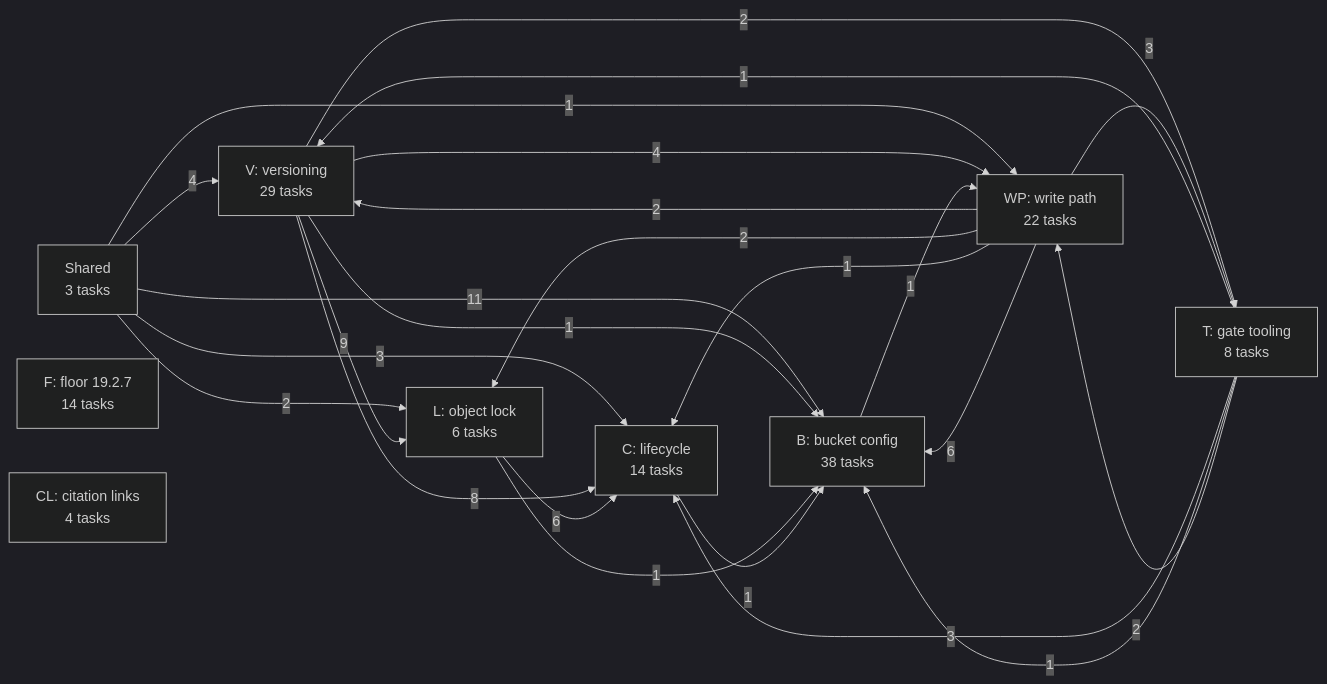
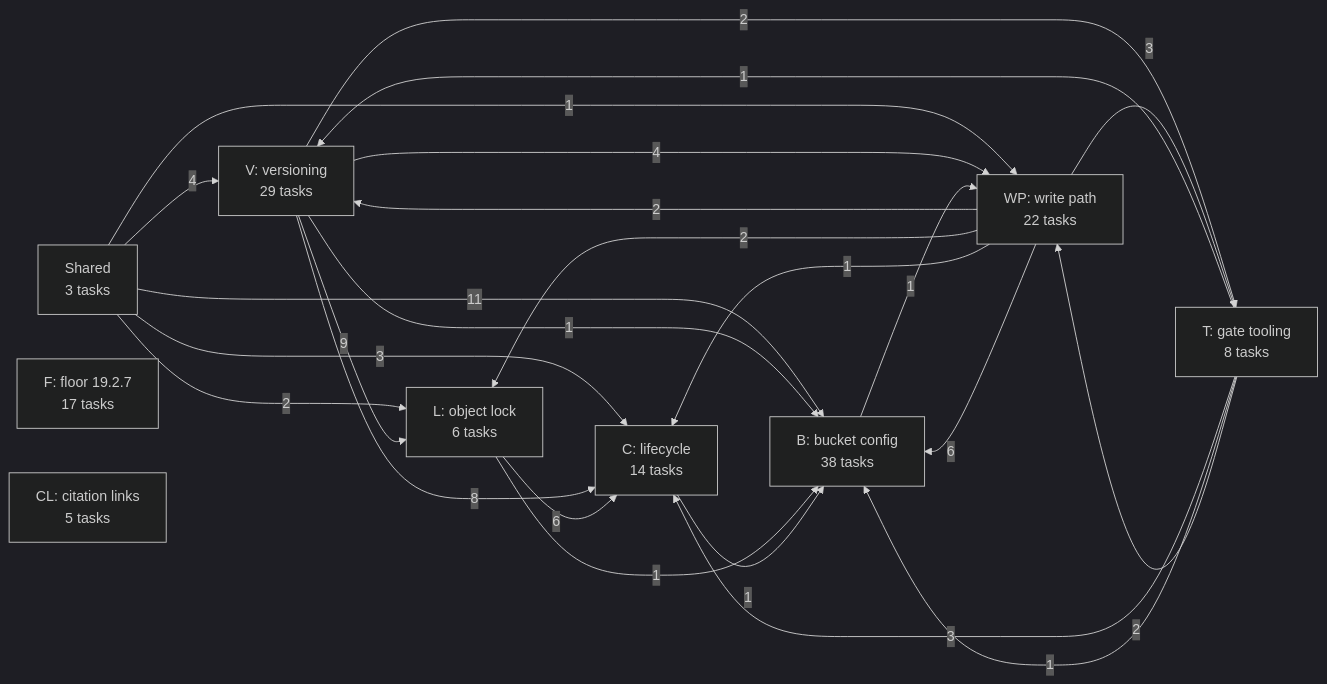
Before and after one commit to jhoblitt/rgw-go: the first of 10 diagrams in docs/superpowers/plans/2026-10-13-phase-2/dependencies.md, drawn with Mermaid (dark theme). The commit also changed other lines of this file, not shown here.

First line of the commit message:
docs(plan): regenerate the dependency graph

````diff
--- a/docs/superpowers/plans/2026-10-13-phase-2/dependencies.md
+++ b/docs/superpowers/plans/2026-10-13-phase-2/dependencies.md
@@ -13,35 +13,35 @@
 ```mermaid
 flowchart LR
   u_S["Shared<br/>3 tasks"]
-  u_F["F: floor 19.2.7<br/>14 tasks"]
+  u_F["F: floor 19.2.7<br/>17 tasks"]
   u_V["V: versioning<br/>29 tasks"]
   u_L["L: object lock<br/>6 tasks"]
   u_C["C: lifecycle<br/>14 tasks"]
   u_B["B: bucket config<br/>38 tasks"]
   u_WP["WP: write path<br/>22 tasks"]
   u_T["T: gate tooling<br/>8 tasks"]
-  u_CL["CL: citation links<br/>4 tasks"]
+  u_CL["CL: citation links<br/>5 tasks"]
   u_S -->|4| u_V
   u_S -->|2| u_L
   u_S -->|3| u_C
   u_S -->|11| u_B
   u_S -->|1| u_WP
   u_V -->|9| u_L
   u_V -->|8| u_C
   u_V -->|1| u_B
   u_V -->|4| u_WP
   u_V -->|2| u_T
   u_L -->|6| u_C
   u_L -->|1| u_B
   u_C -->|1| u_B
   u_B -->|1| u_WP
   u_WP -->|2| u_V
   u_WP -->|2| u_L
   u_WP -->|1| u_C
   u_WP -->|6| u_B
   u_WP -->|3| u_T
   u_T -->|1| u_V
   u_T -->|3| u_C
   u_T -->|1| u_B
   u_T -->|2| u_WP
 ```
````
